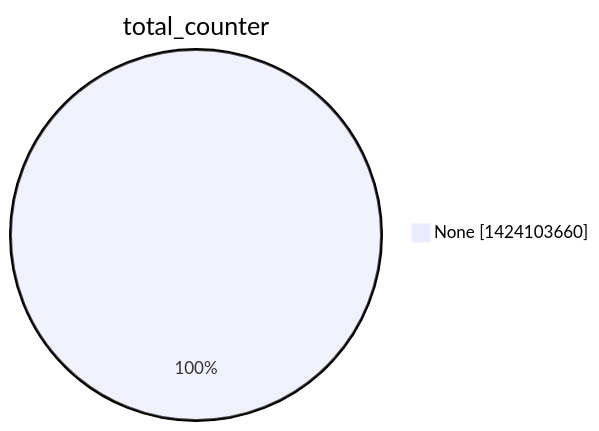
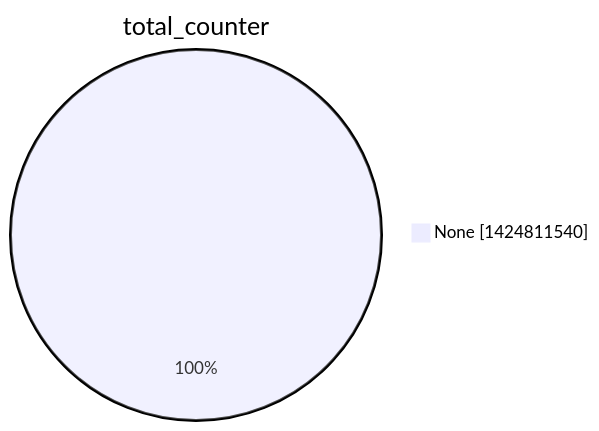
Before and after one commit to christiankrug/ctmonitor_visualization: the second of 15 diagrams in argon2022/README.md, drawn with Mermaid. The commit also changed other lines of this file, not shown here.

````diff
--- a/argon2022/README.md
+++ b/argon2022/README.md
@@ -9,5 +9,5 @@
 ```mermaid
 pie showData
 title total_counter
-"None" :1424103660
+"None" :1424811540
 ```
````
